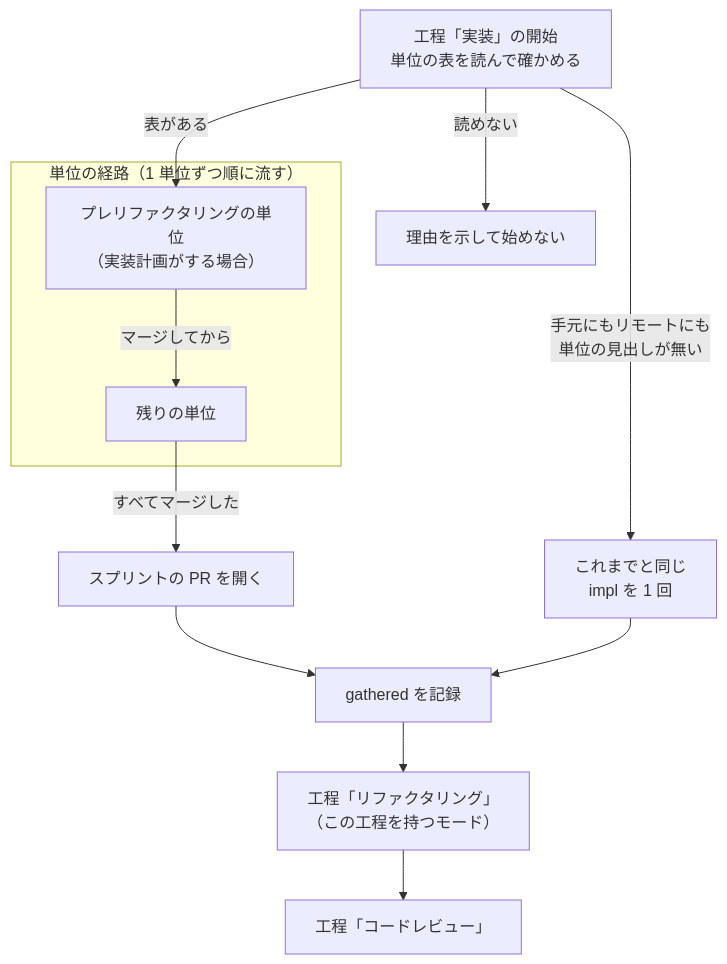
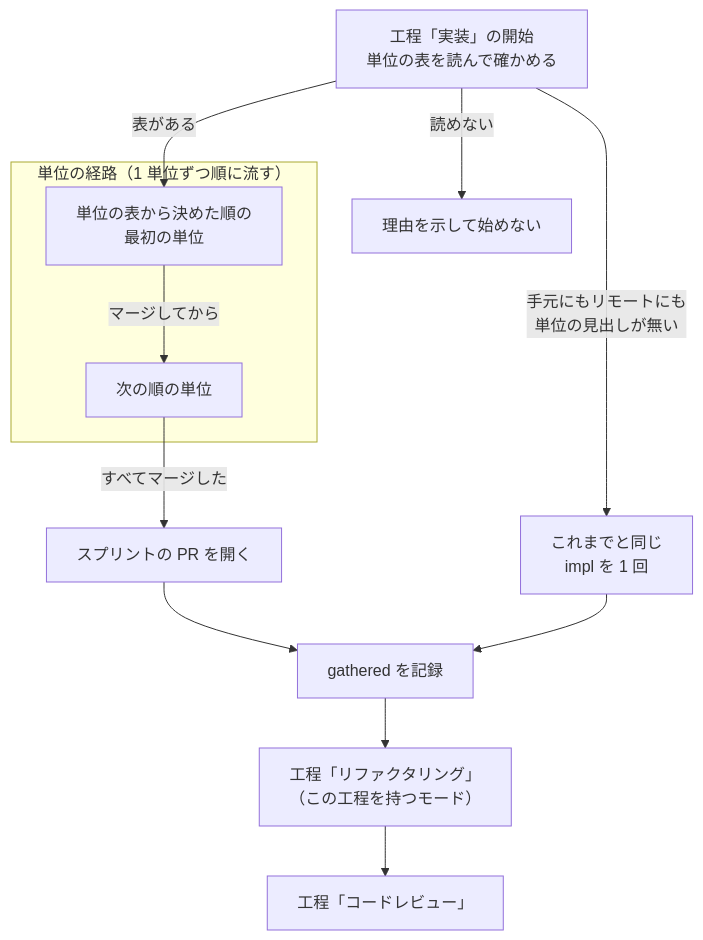
One commit to devbasex/ai-plugins changed the second of 5 diagrams in issues/issue-4369-design.md. Above: the diagram before and after it, drawn with Mermaid. The commit also changed other lines of this file and 1 other file, not shown here.

````diff
--- a/issues/issue-4369-design.md
+++ b/issues/issue-4369-design.md
@@ -73,15 +73,15 @@
 ```mermaid
 flowchart TB
   S["工程「実装」の開始<br/>単位の表を読んで確かめる"]
   S -->|読めない| STOP["理由を示して始めない"]
   S -->|手元にもリモートにも<br/>単位の見出しが無い| OLD["これまでと同じ<br/>impl を 1 回"]
   S -->|表がある| PRE
   subgraph UNITS["単位の経路（1 単位ずつ順に流す）"]
-    PRE["プレリファクタリングの単位<br/>（実装計画がする場合）"] -->|マージしてから| U["残りの単位"]
+    PRE["単位の表から決めた順の<br/>最初の単位"] -->|マージしてから| U["次の順の単位"]
   end
   U -->|すべてマージした| PR["スプリントの PR を開く"]
   PR --> G["gathered を記録"]
   OLD --> G
   G --> R["工程「リファクタリング」<br/>（この工程を持つモード）"]
   R --> CR["工程「コードレビュー」"]
 ```
````
